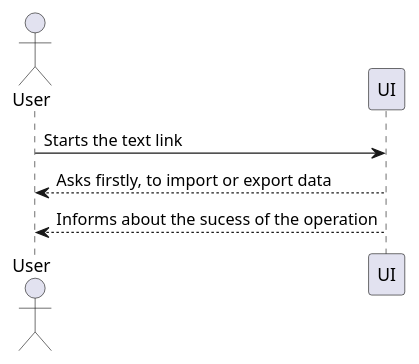
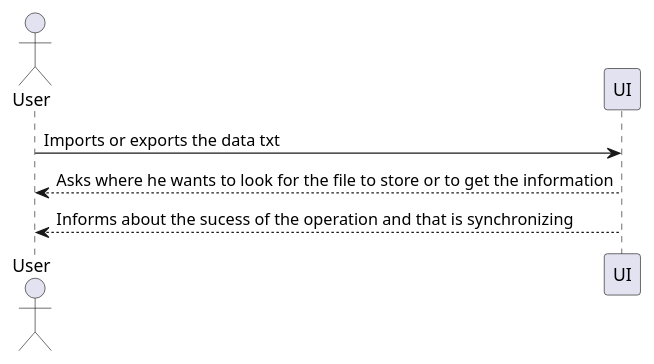
One commit to MikeTekOn/lapr4-2017-2dd changed the diagram in src/main/java/lapr4/blue/s2/ipc/n1141570/importExportTxtLink/ipc04_02_analysis_ssd.puml. Above: the diagram before and after it, drawn with PlantUML. The commit also changed 12 other files, not shown here.

```diff
--- a/src/main/java/lapr4/blue/s2/ipc/n1141570/importExportTxtLink/ipc04_02_analysis_ssd.puml
+++ b/src/main/java/lapr4/blue/s2/ipc/n1141570/importExportTxtLink/ipc04_02_analysis_ssd.puml
@@ -1,6 +1,6 @@
 @startuml
 actor User
-User -> UI: Starts the text link
-UI --> User: Asks firstly, to import or export data
-User <-- UI: Informs about the sucess of the operation
+User -> UI: Imports or exports the data txt
+UI --> User: Asks where he wants to look for the file to store or to get the information
+User <-- UI: Informs about the sucess of the operation and that is synchronizing
 @enduml
```
